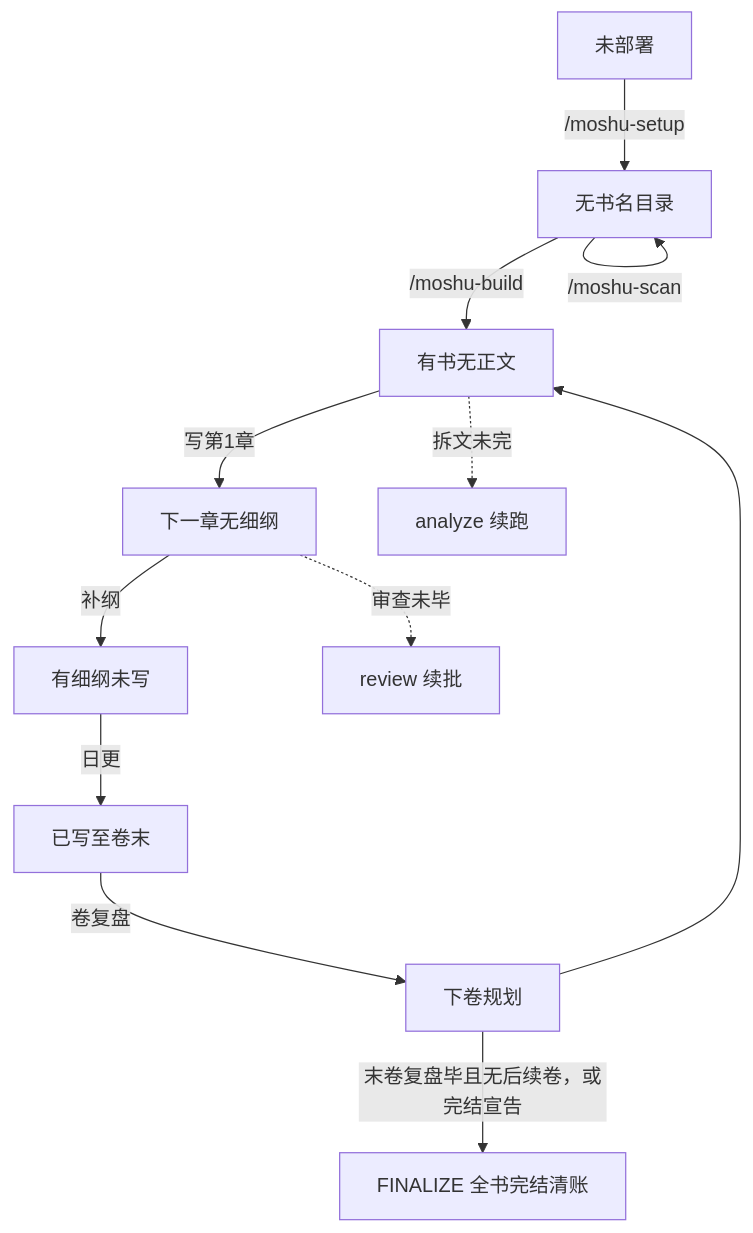
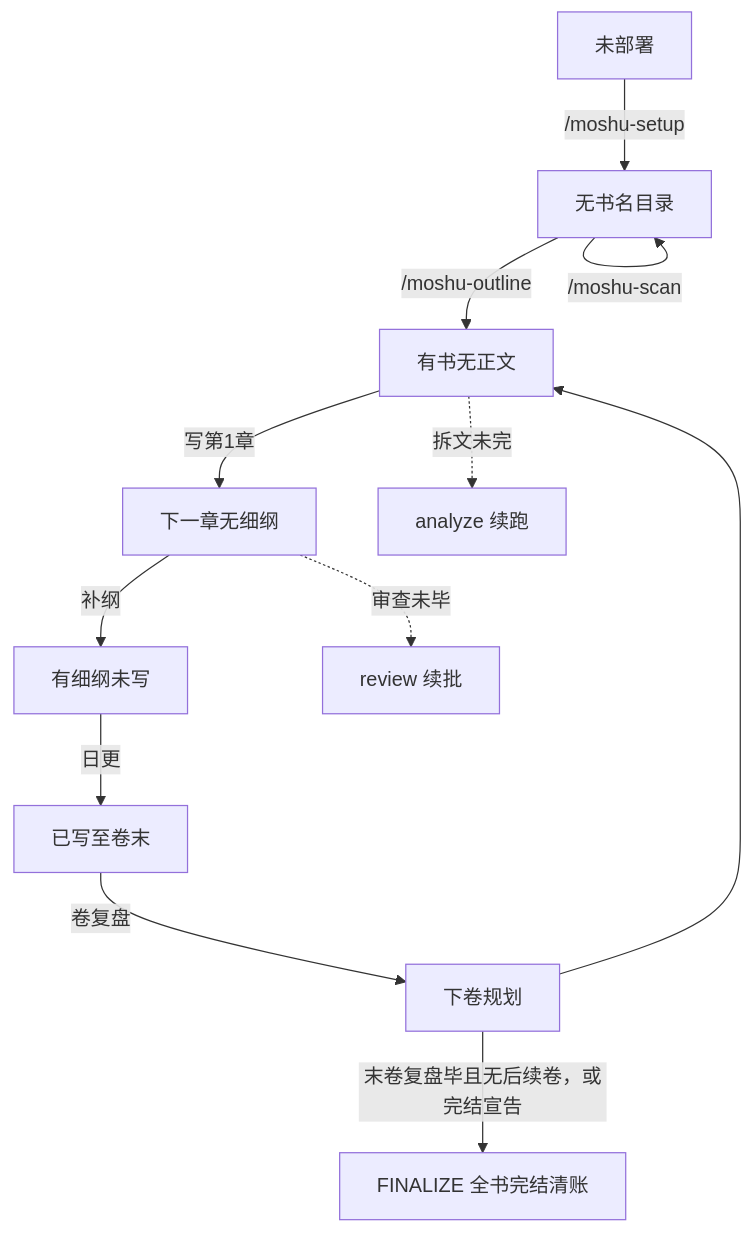
The second of 4 diagrams in docs/mo-shu项目-产品需求与详细设计文档（PRD+FSD）.md (Chained1001/mo-shu), drawn with Mermaid before and after one commit. The commit also changed other lines of this file and 33 other files, not shown here.

````diff
--- a/docs/mo-shu项目-产品需求与详细设计文档（PRD+FSD）.md
+++ b/docs/mo-shu项目-产品需求与详细设计文档（PRD+FSD）.md
@@ -165,14 +165,14 @@
 ```mermaid
 flowchart TD
     S0[未部署] -->|/moshu-setup| S1[无书名目录]
     S1 -->|/moshu-scan| S1
-    S1 -->|/moshu-build| S2[有书无正文]
+    S1 -->|/moshu-outline| S2[有书无正文]
     S2 -->|写第1章| S3[下一章无细纲]
     S3 -->|补纲| S4[有细纲未写]
     S4 -->|日更| S5[已写至卷末]
     S5 -->|卷复盘| S6[下卷规划]
     S6 --> S2
     S6 -->|末卷复盘毕且无后续卷，或完结宣告| F[FINALIZE 全书完结清账]
     S2 -.->|拆文未完| A[analyze 续跑]
     S3 -.->|审查未毕| V[review 续批]
 ```
````
